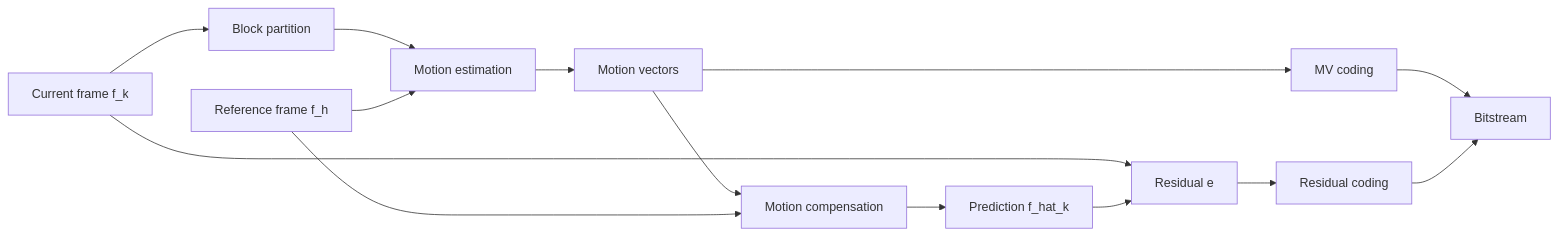
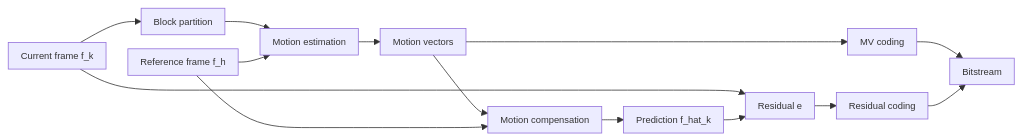
One commit to alessandro-vulcu-code/ICT2025 changed diagram 15 of 31 in First Year/Second Semester/Multimedia Communications/Summaries/Multimedia Communications - Complete Notes.md. Above: the diagram before and after it, drawn with Mermaid. The commit also changed other lines of this file and 582 other files, not shown here.

````diff
--- a/First Year/Second Semester/Multimedia Communications/Summaries/Multimedia Communications - Complete Notes.md
+++ b/First Year/Second Semester/Multimedia Communications/Summaries/Multimedia Communications - Complete Notes.md
@@ -4361,16 +4327,17 @@
 ```mermaid
+%%{init: {"flowchart": {"useMaxWidth": true, "htmlLabels": false, "nodeSpacing": 18, "rankSpacing": 28, "padding": 8}, "themeVariables": {"fontSize": "12px"}}}%%
 flowchart LR
-    A[Current frame f_k] --> B[Block partition]
-    B --> C[Motion estimation]
-    R[Reference frame f_h] --> C
-    C --> D[Motion vectors]
-    D --> E[Motion compensation]
+    A["Current frame f_k"] --> B["Block partition"]
+    B --> C["Motion estimation"]
+    R["Reference frame f_h"] --> C
+    C --> D["Motion vectors"]
+    D --> E["Motion compensation"]
     R --> E
-    E --> F[Prediction f_hat_k]
-    A --> G[Residual e]
+    E --> F["Prediction f_hat_k"]
+    A --> G["Residual e"]
     F --> G
-    D --> H[MV coding]
-    G --> I[Residual coding]
-    H --> J[Bitstream]
+    D --> H["MV coding"]
+    G --> I["Residual coding"]
+    H --> J["Bitstream"]
     I --> J
 ```
````
